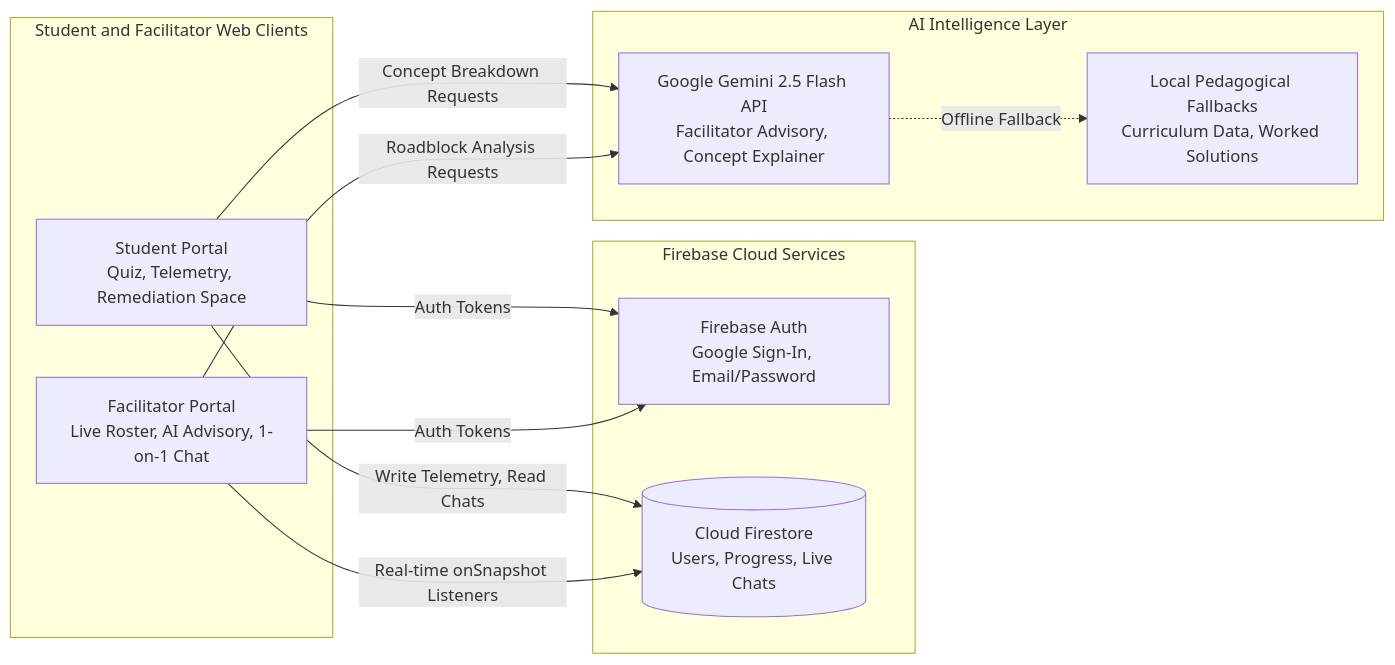
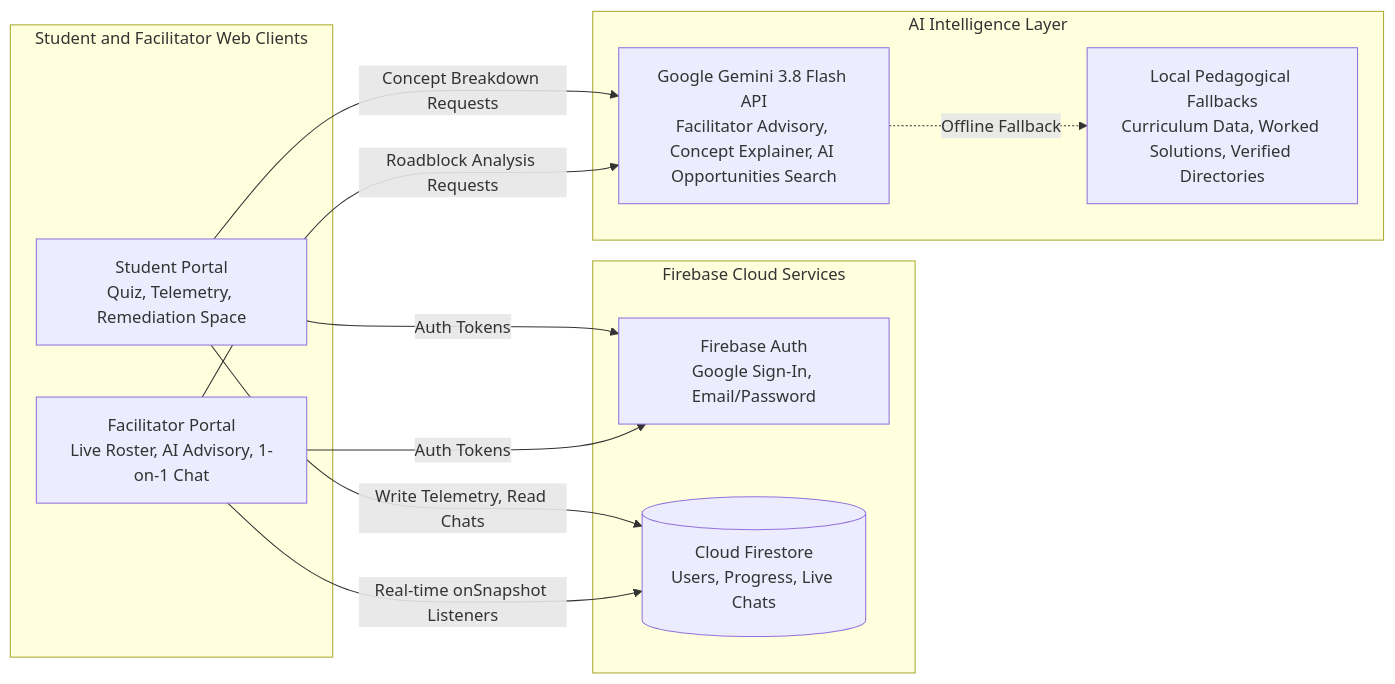
The first of 2 diagrams in docs/architecture.md (agnidevaraja/SyntaxError404-Phase2), drawn with Mermaid before and after one commit. The commit also changed other lines of this file and 30 other files, not shown here.

````diff
--- a/docs/architecture.md
+++ b/docs/architecture.md
@@ -7,25 +7,25 @@
 ```mermaid
 flowchart LR
     subgraph ClientLayer [Student and Facilitator Web Clients]
         A[Student Portal<br/>Quiz, Telemetry, Remediation Space]
         B[Facilitator Portal<br/>Live Roster, AI Advisory, 1-on-1 Chat]
     end
 
     subgraph FirebaseLayer [Firebase Cloud Services]
         C[Firebase Auth<br/>Google Sign-In, Email/Password]
         D[(Cloud Firestore<br/>Users, Progress, Live Chats)]
     end
 
     subgraph AILayer [AI Intelligence Layer]
-        E[Google Gemini 2.5 Flash API<br/>Facilitator Advisory, Concept Explainer]
-        F[Local Pedagogical Fallbacks<br/>Curriculum Data, Worked Solutions]
+        E[Google Gemini 3.8 Flash API<br/>Facilitator Advisory, Concept Explainer, AI Opportunities Search]
+        F[Local Pedagogical Fallbacks<br/>Curriculum Data, Worked Solutions, Verified Directories]
     end
 
     A -->|Auth Tokens| C
     B -->|Auth Tokens| C
     A -->|Write Telemetry, Read Chats| D
     B -->|Real-time onSnapshot Listeners| D
     A -->|Concept Breakdown Requests| E
     B -->|Roadblock Analysis Requests| E
     E -.->|Offline Fallback| F
 ```
````
